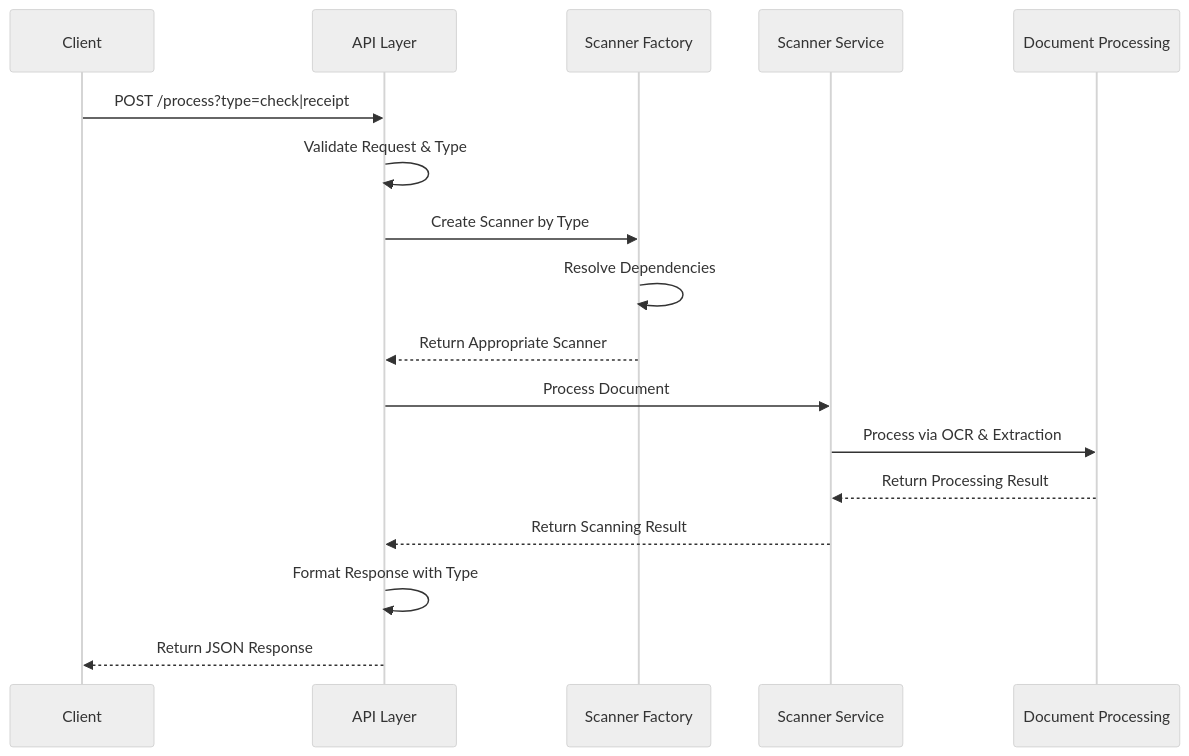
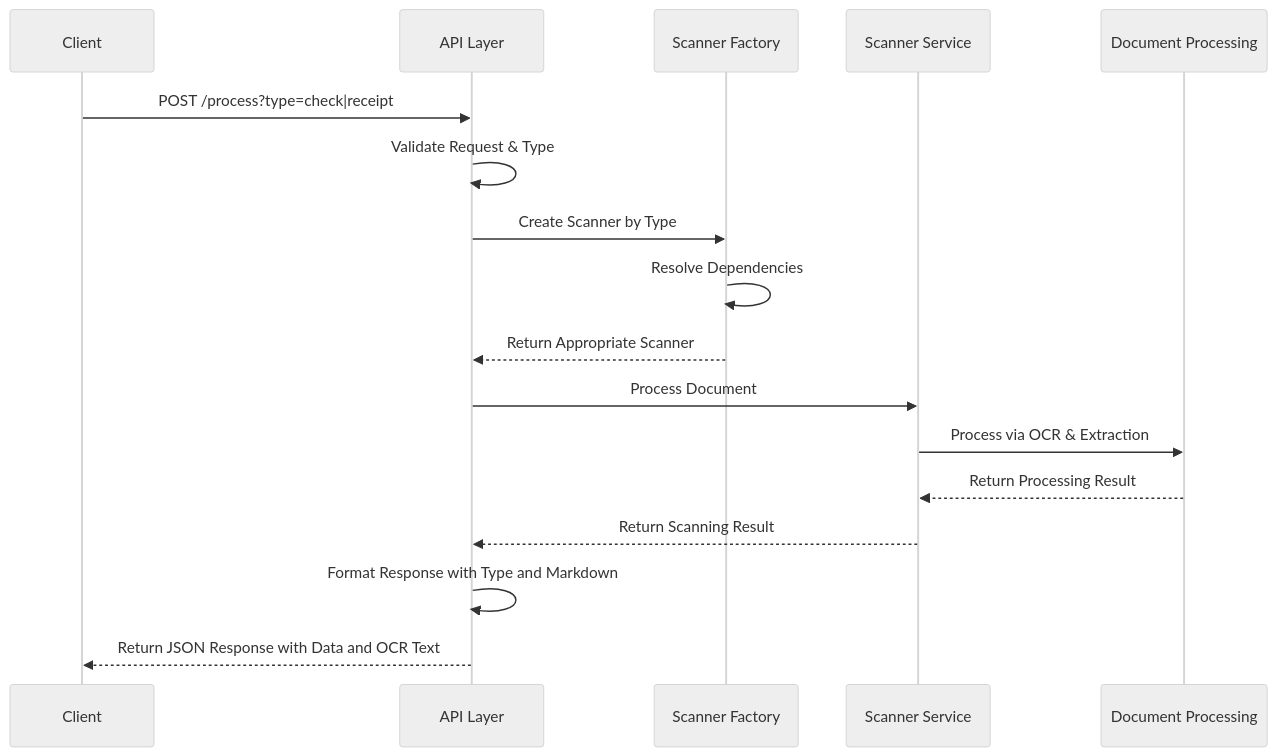
One commit to o2alexanderfedin/OCRChecksServer-demo changed the third of 13 diagrams in docs/architecture/08_Runtime_View.md. Above: the diagram before and after it, drawn with Mermaid (neutral theme). The commit also changed other lines of this file and 4 other files, not shown here.

First line of the commit message:
Add markdown field to API responses for OCR transparency and update comprehensive documentation

````diff
--- a/docs/architecture/08_Runtime_View.md
+++ b/docs/architecture/08_Runtime_View.md
@@ -125,22 +125,22 @@
 ```mermaid
 sequenceDiagram
     participant Client
     participant API as API Layer
     participant Factory as Scanner Factory
     participant Scanner as Scanner Service
     participant Processing as Document Processing
     
     Client->>API: POST /process?type=check|receipt
     API->>API: Validate Request & Type
     API->>Factory: Create Scanner by Type
     Factory->>Factory: Resolve Dependencies
     Factory-->>API: Return Appropriate Scanner
     
     API->>Scanner: Process Document
     Scanner->>Processing: Process via OCR & Extraction
     Processing-->>Scanner: Return Processing Result
     Scanner-->>API: Return Scanning Result
     
-    API->>API: Format Response with Type
-    API-->>Client: Return JSON Response
+    API->>API: Format Response with Type and Markdown
+    API-->>Client: Return JSON Response with Data and OCR Text
 ```
````
